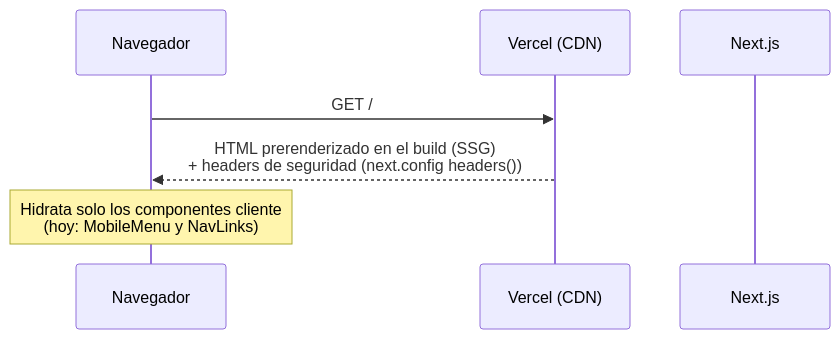
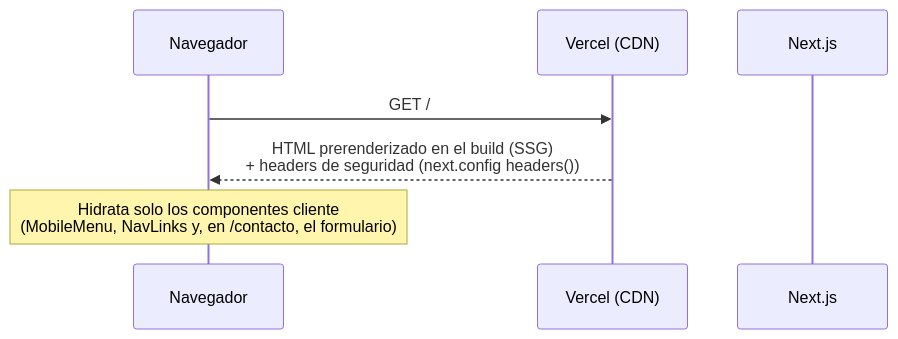
One commit to joaquinopall/estudio-familia-demo changed the third of 3 diagrams in docs/ARCHITECTURE.md. Above: the diagram before and after it, drawn with Mermaid. The commit also changed other lines of this file and 28 other files, not shown here.

````diff
--- a/docs/ARCHITECTURE.md
+++ b/docs/ARCHITECTURE.md
@@ -129,9 +138,9 @@
 ```mermaid
 sequenceDiagram
   participant B as Navegador
   participant V as Vercel (CDN)
   participant N as Next.js
   B->>V: GET /
   V-->>B: HTML prerenderizado en el build (SSG)<br/>+ headers de seguridad (next.config headers())
-  Note over B: Hidrata solo los componentes cliente<br/>(hoy: MobileMenu y NavLinks)
+  Note over B: Hidrata solo los componentes cliente<br/>(MobileMenu, NavLinks y, en /contacto, el formulario)
 ```
````
